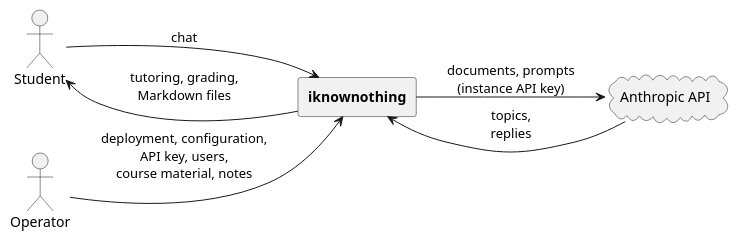
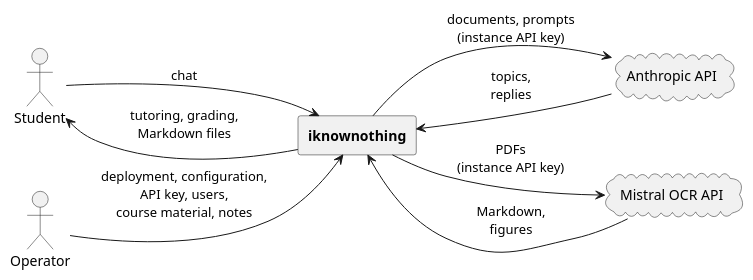
One commit to leon-hrk/iknownothing changed the diagram in docs/arc42/diagrams/business-context.puml. Above: the diagram before and after it, drawn with PlantUML. The commit also changed 45 other files, not shown here.

```diff
--- a/docs/arc42/diagrams/business-context.puml
+++ b/docs/arc42/diagrams/business-context.puml
@@ -1,16 +1,19 @@
 @startuml
 left to right direction
 skinparam shadowing false
 skinparam defaultTextAlignment center
 
 actor "Student" as student
 actor "Operator" as operator
 rectangle "**iknownothing**" as system
 cloud "Anthropic API" as ai
+cloud "Mistral OCR API" as ocr
 
 student --> system : chat
 system --> student : tutoring, grading,\nMarkdown files
 operator --> system : deployment, configuration,\nAPI key, users,\ncourse material, notes
 system --> ai : documents, prompts\n(instance API key)
 ai --> system : topics,\nreplies
+system --> ocr : PDFs\n(instance API key)
+ocr --> system : Markdown,\nfigures
 @enduml
```
